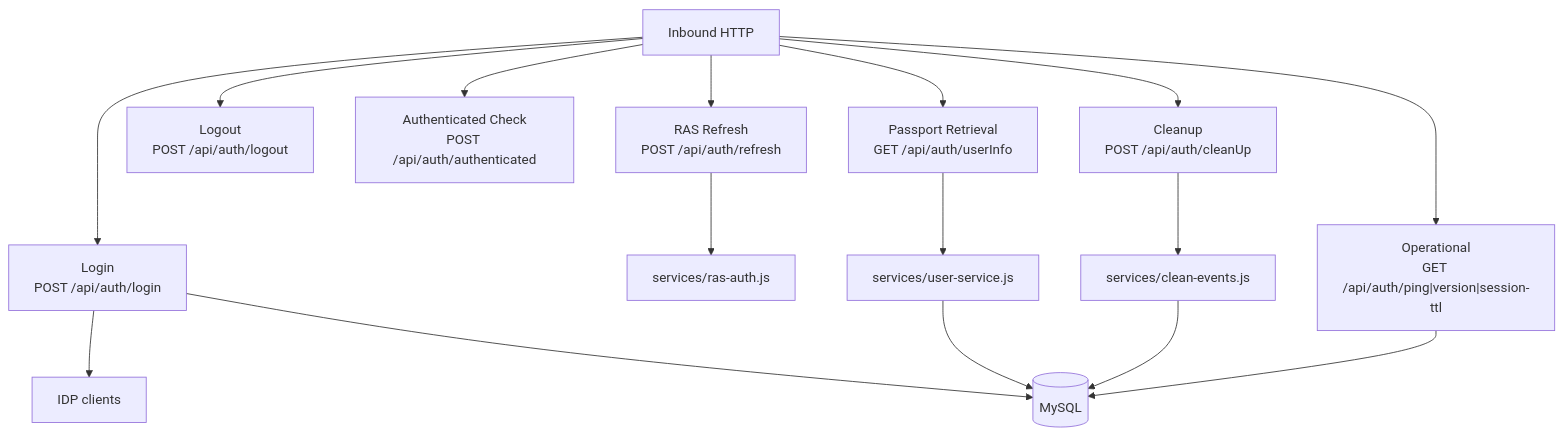
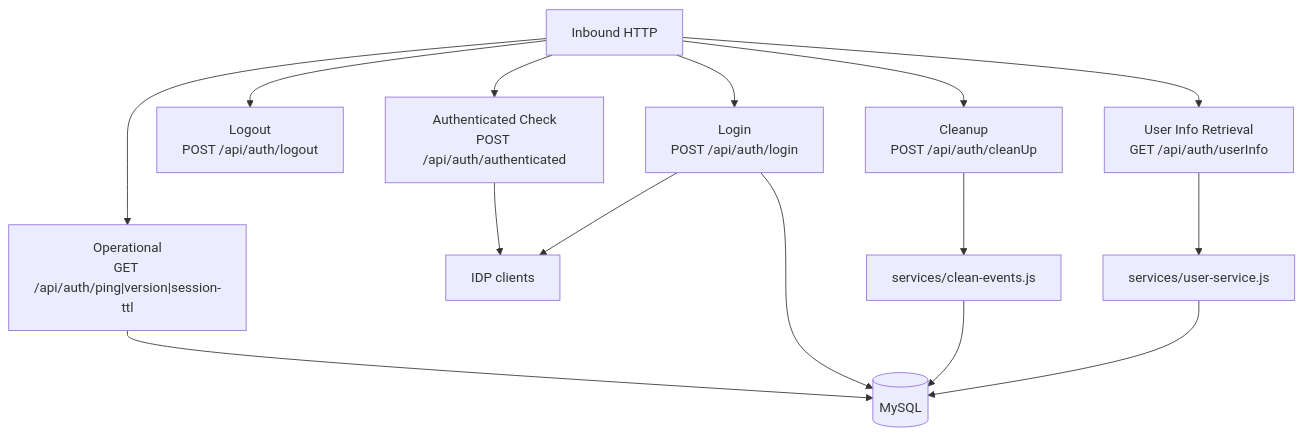
Before and after one commit to CBIIT/crdc-ctdc-authn: the diagram in docs/architecture/runtime-flows.md, drawn with Mermaid. The commit also changed other lines of this file and 25 other files, not shown here.

````diff
--- a/docs/architecture/runtime-flows.md
+++ b/docs/architecture/runtime-flows.md
@@ -7,20 +7,19 @@
 ```mermaid
 graph TD
     Inbound["Inbound HTTP"] --> Login["Login\nPOST /api/auth/login"]
     Inbound --> Logout["Logout\nPOST /api/auth/logout"]
     Inbound --> Authn["Authenticated Check\nPOST /api/auth/authenticated"]
-    Inbound --> Refresh["RAS Refresh\nPOST /api/auth/refresh"]
-    Inbound --> Passport["Passport Retrieval\nGET /api/auth/userInfo"]
+    Inbound --> UserInfo["User Info Retrieval\nGET /api/auth/userInfo"]
     Inbound --> Cleanup["Cleanup\nPOST /api/auth/cleanUp"]
     Inbound --> Ops["Operational\nGET /api/auth/ping|version|session-ttl"]
 
     Login --> IDP["IDP clients"]
-    Refresh --> RAS["services/ras-auth.js"]
-    Passport --> User["services/user-service.js"]
+    Authn --> IDP
+    UserInfo --> User["services/user-service.js"]
     Cleanup --> CleanSvc["services/clean-events.js"]
 
     User --> SQL[("MySQL")]
     CleanSvc --> SQL
     Login --> SQL
     Ops --> SQL
 ```
````
